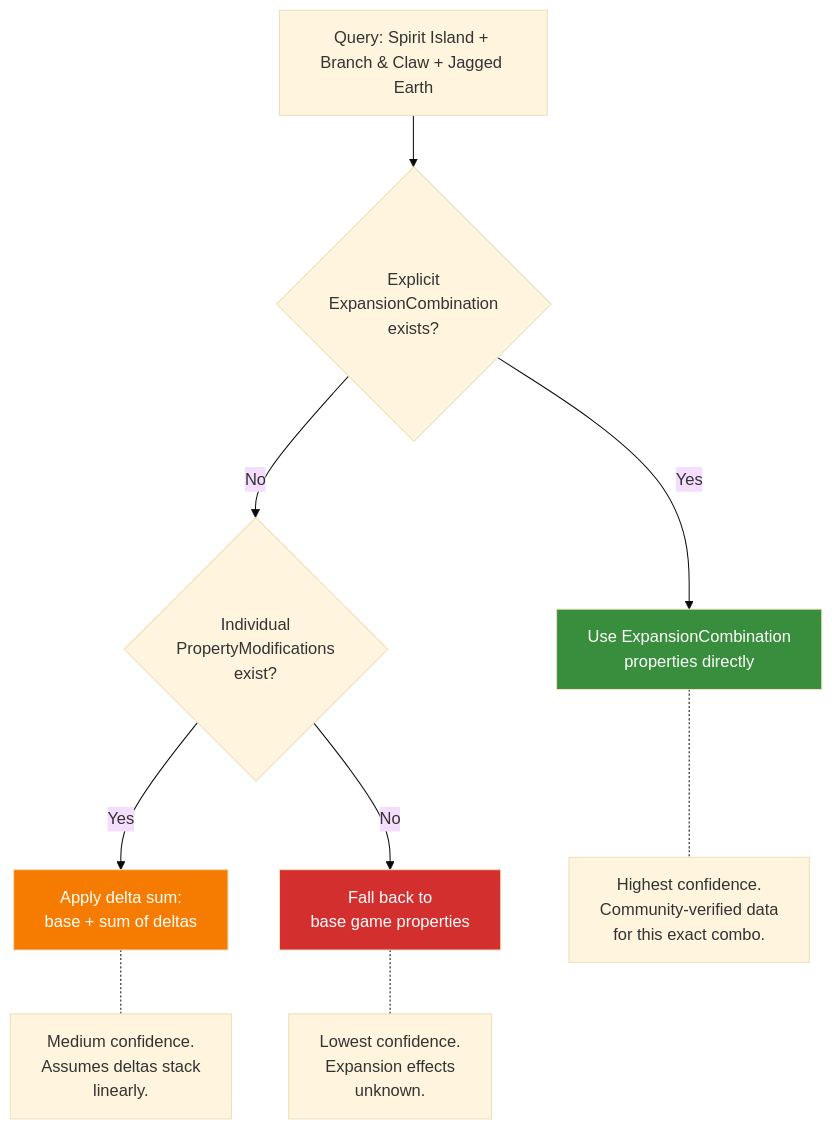
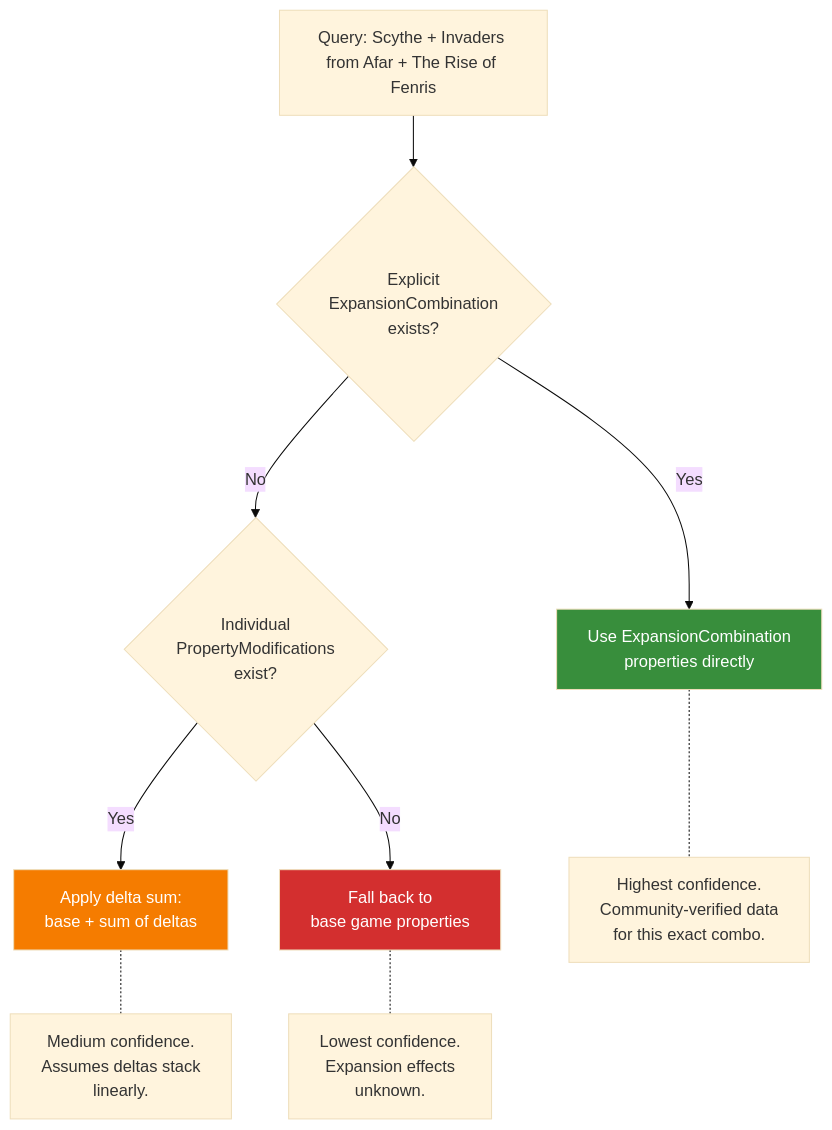
The diagram in docs/src/pillars/data-model/property-deltas.md (tabletop-commons/OpenTabletop), drawn with Mermaid (base theme) before and after one commit. The commit also changed other lines of this file and 68 other files, not shown here.

````diff
--- a/docs/src/pillars/data-model/property-deltas.md
+++ b/docs/src/pillars/data-model/property-deltas.md
@@ -62,21 +63,21 @@
 ```mermaid
 flowchart TD
-    Q["Query: Spirit Island + Branch & Claw + Jagged Earth"]
+    Q["Query: Scythe + Invaders from Afar + The Rise of Fenris"]
     T1{"Explicit<br/>ExpansionCombination<br/>exists?"}
     T2{"Individual<br/>PropertyModifications<br/>exist?"}
     T3["Fall back to<br/>base game properties"]
 
     Q --> T1
     T1 -->|Yes| R1["Use ExpansionCombination<br/>properties directly"]
     T1 -->|No| T2
     T2 -->|Yes| R2["Apply delta sum:<br/>base + sum of deltas"]
     T2 -->|No| T3
 
     R1 -.- N1["Highest confidence.<br/>Community-verified data<br/>for this exact combo."]
     R2 -.- N2["Medium confidence.<br/>Assumes deltas stack<br/>linearly."]
     T3 -.- N3["Lowest confidence.<br/>Expansion effects<br/>unknown."]
 
     style R1 fill:#388e3c,color:#fff
     style R2 fill:#f57c00,color:#fff
     style T3 fill:#d32f2f,color:#fff
 ```
````
